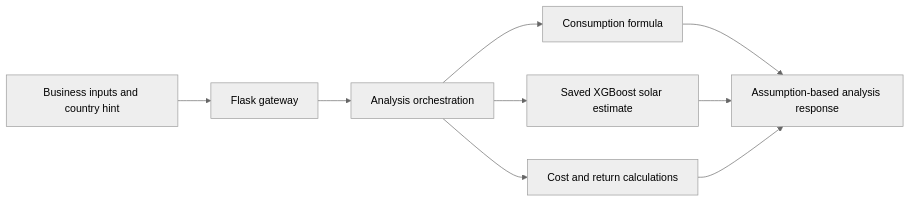
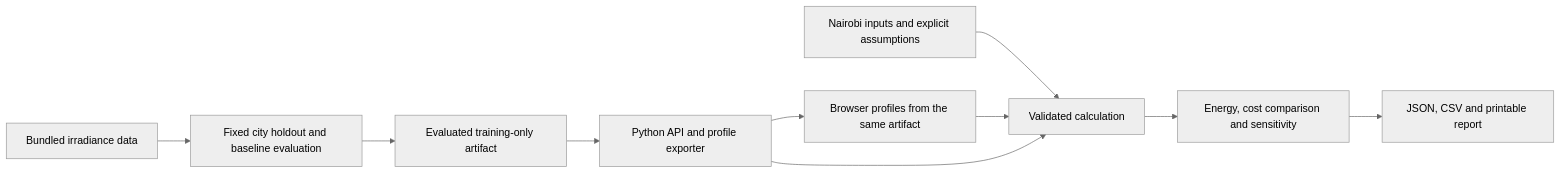
One commit to Tessa-Saumu/SolarSense-ML-Portfolio changed the diagram in README.md. Above: the diagram before and after it, drawn with Mermaid (neutral theme). The commit also changed other lines of this file and 25 other files, not shown here.

Commit message:
Build evaluated Nairobi scenario API and public demo

````diff
--- a/README.md
+++ b/README.md
@@ -15,11 +15,12 @@
 ```mermaid
 flowchart LR
-    B[Business inputs and country hint] --> G[Flask gateway]
-    G --> A[Analysis orchestration]
-    A --> C[Consumption formula]
-    A --> S[Saved XGBoost solar estimate]
-    A --> R[Cost and return calculations]
-    C --> O[Assumption-based analysis response]
-    S --> O
-    R --> O
+    D[Bundled irradiance data] --> E[Fixed city holdout and baseline evaluation]
+    E --> M[Evaluated training-only artifact]
+    M --> P[Python API and profile exporter]
+    P --> B[Browser profiles from the same artifact]
+    I[Nairobi inputs and explicit assumptions] --> C[Validated calculation]
+    B --> C
+    P --> C
+    C --> R[Energy, cost comparison and sensitivity]
+    R --> X[JSON, CSV and printable report]
 ```
````
